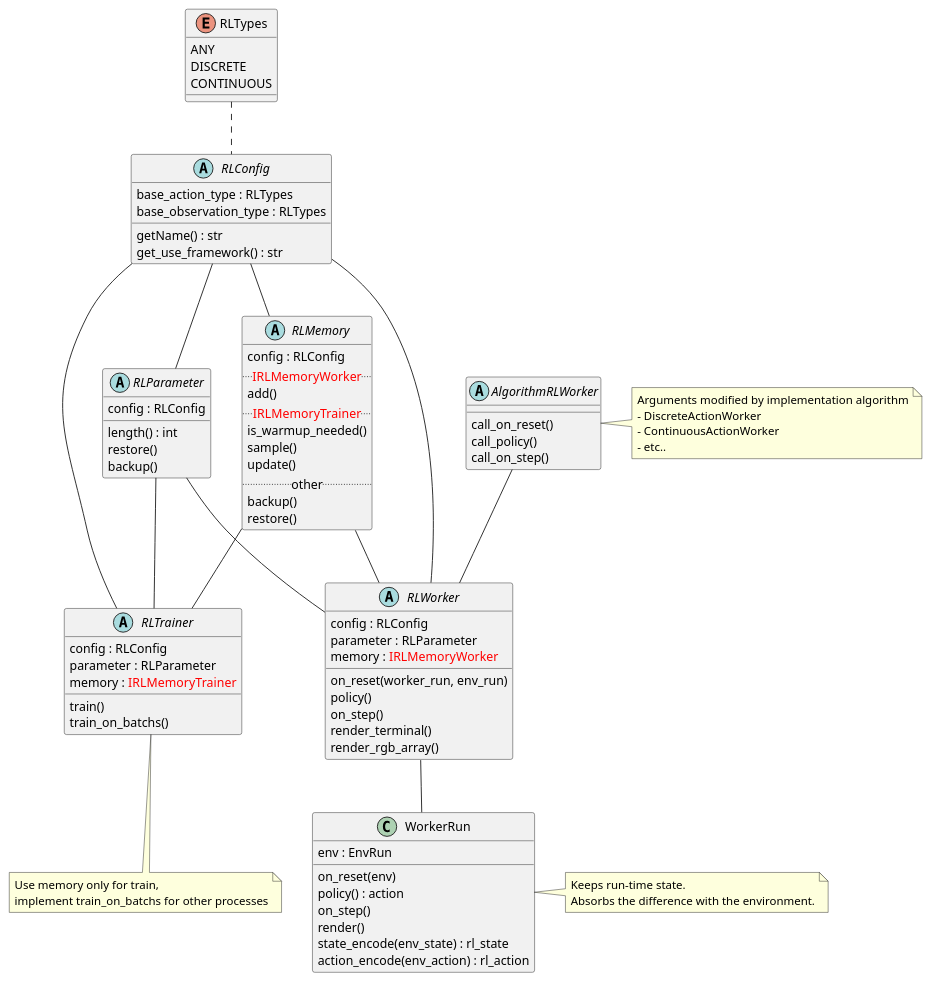
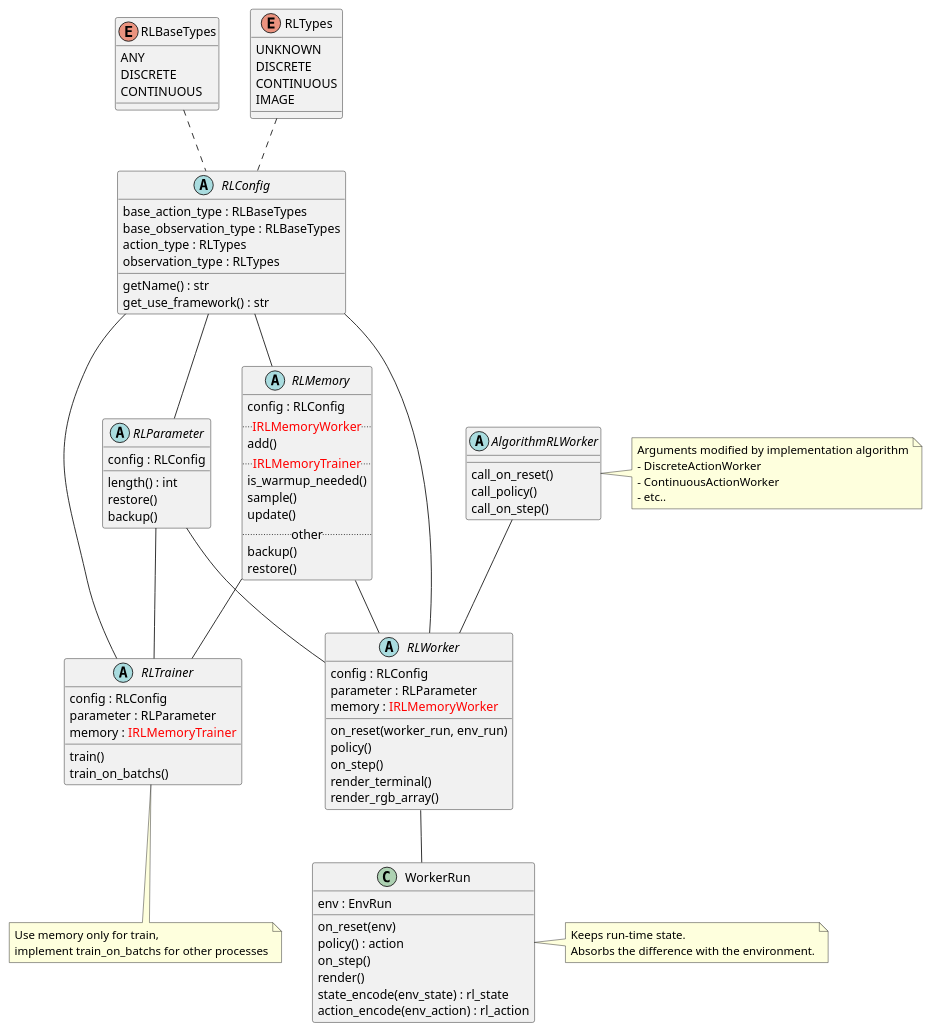
The diagram in diagrams/class_rl.pu (pocokhc/simple_distributed_rl), drawn with PlantUML before and after one commit. The commit also changed 4 other files, not shown here.

```diff
--- a/diagrams/class_rl.pu
+++ b/diagrams/class_rl.pu
@@ -1,108 +1,117 @@
 @startuml class_rl
 
-enum RLTypes {
+enum RLBaseTypes {
     ANY
     DISCRETE
     CONTINUOUS
+}
+enum RLTypes {
+    UNKNOWN
+    DISCRETE
+    CONTINUOUS
+    IMAGE
 }
 
 
 class WorkerRun {
     env : EnvRun
     on_reset(env)
     policy() : action
     on_step()
     render()
     state_encode(env_state) : rl_state
     action_encode(env_action) : rl_action
 }
 note "Keeps run-time state.\nAbsorbs the difference with the environment." as WorkerRunMemo
 WorkerRun . WorkerRunMemo
 
 
 abstract RLWorker {
     config : RLConfig
     parameter : RLParameter
     memory : <color red>IRLMemoryWorker</color>
     on_reset(worker_run, env_run)
     policy()
     on_step()
     render_terminal()
     render_rgb_array()
 }
 RLWorker -- WorkerRun
 
 
 abstract AlgorithmRLWorker {
     call_on_reset()
     call_policy()
     call_on_step()
 }
 AlgorithmRLWorker -- RLWorker
 
 note as AlgorithmRLWorkerMemo
 Arguments modified by implementation algorithm
 - DiscreteActionWorker
 - ContinuousActionWorker
 - etc..
 end note
 AlgorithmRLWorker <|- AlgorithmRLWorkerMemo
 
 
 abstract RLTrainer {
     config : RLConfig
     parameter : RLParameter
     memory : <color red>IRLMemoryTrainer</color>
     train()
     train_on_batchs()
 }
 note as RLTrainerMemo
 Use memory only for train,
 implement train_on_batchs for other processes
 end note
 RLTrainer <|-- RLTrainerMemo
 
 
 abstract RLMemory {
     config : RLConfig
     .. <color red>IRLMemoryWorker</color> ..
     add()
     .. <color red>IRLMemoryTrainer</color> ..
     is_warmup_needed()
     sample()
     update()
     .. other ..
     backup()
     restore()
 }
 
 
 abstract RLParameter {
     config : RLConfig
     length() : int
     restore()
     backup()
 }
 
 
 abstract RLConfig {
     getName() : str
     get_use_framework() : str
-    base_action_type : RLTypes
-    base_observation_type : RLTypes
+    base_action_type : RLBaseTypes
+    base_observation_type : RLBaseTypes
+    action_type : RLTypes
+    observation_type : RLTypes
 }
 
 
+RLBaseTypes .. RLConfig
 RLTypes .. RLConfig
 
 RLConfig --- RLWorker
 RLConfig --- RLTrainer
 RLConfig -- RLParameter
 RLConfig -- RLMemory
 
 RLParameter -- RLWorker
 RLParameter -- RLTrainer
 RLMemory -- RLWorker
 RLMemory -- RLTrainer
 
 @enduml
```
